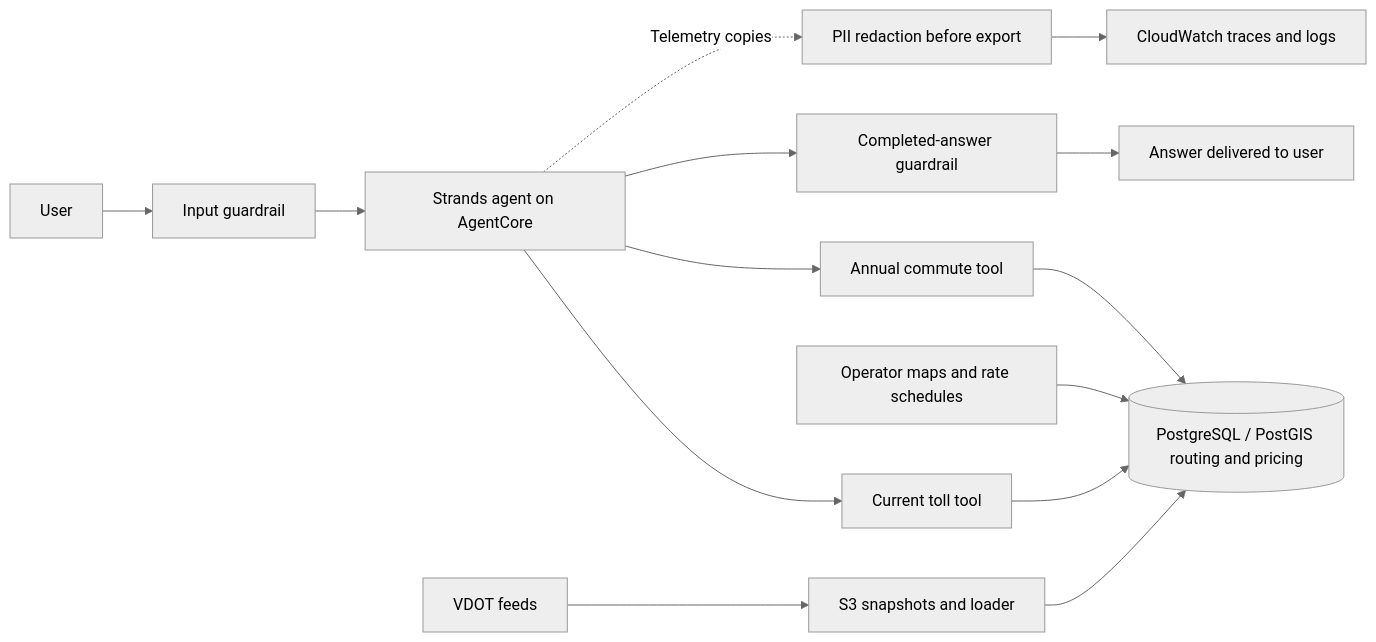
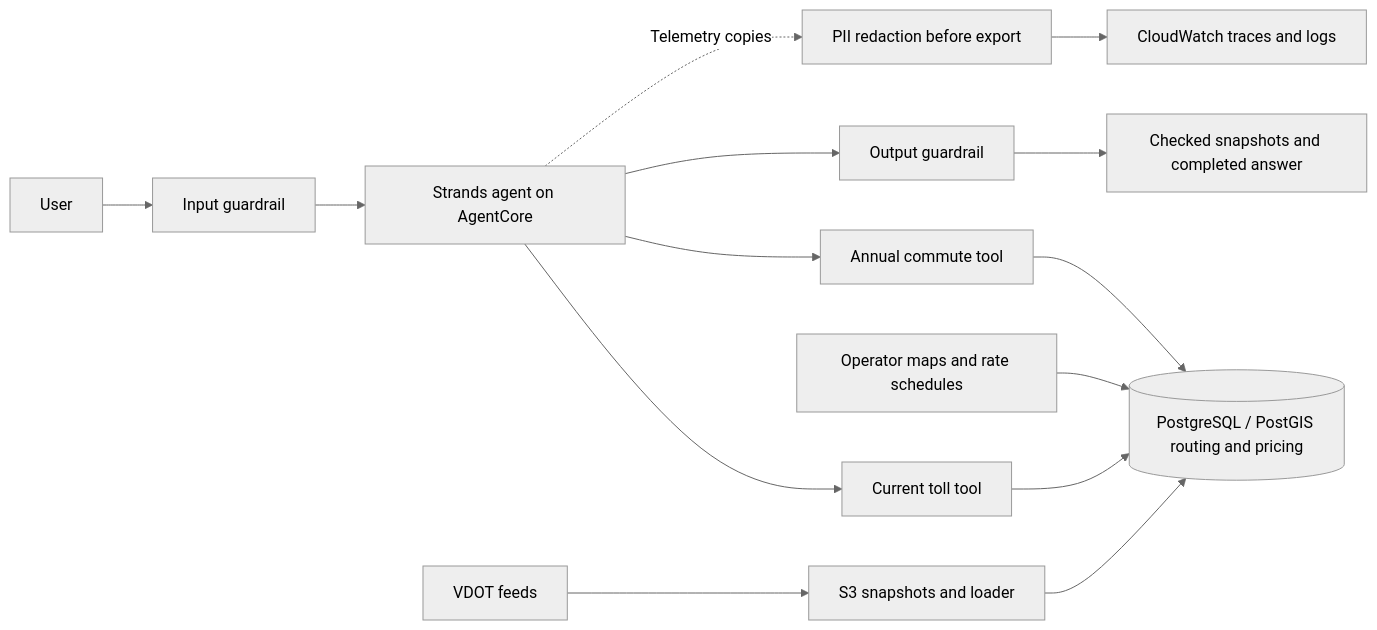
The diagram in README.md (rhprasad0/nova-toll-budget-agent), drawn with Mermaid (neutral theme) before and after one commit. The commit also changed other lines of this file and 23 other files, not shown here.

````diff
--- a/README.md
+++ b/README.md
@@ -42,14 +42,14 @@
 ```mermaid
 flowchart LR
     U[User] --> I[Input guardrail]
     I --> A[Strands agent on AgentCore]
     A --> C[Current toll tool]
     A --> B[Annual commute tool]
     C --> O[(PostgreSQL / PostGIS routing and pricing)]
     B --> O
     V[VDOT feeds] --> S[S3 snapshots and loader] --> O
     P[Operator maps and rate schedules] --> O
-    A --> G[Completed-answer guardrail] --> R[Answer delivered to user]
+    A --> G[Output guardrail] --> R[Checked snapshots and completed answer]
     A -. Telemetry copies .-> T[PII redaction before export]
     T --> L[CloudWatch traces and logs]
 ```
````
